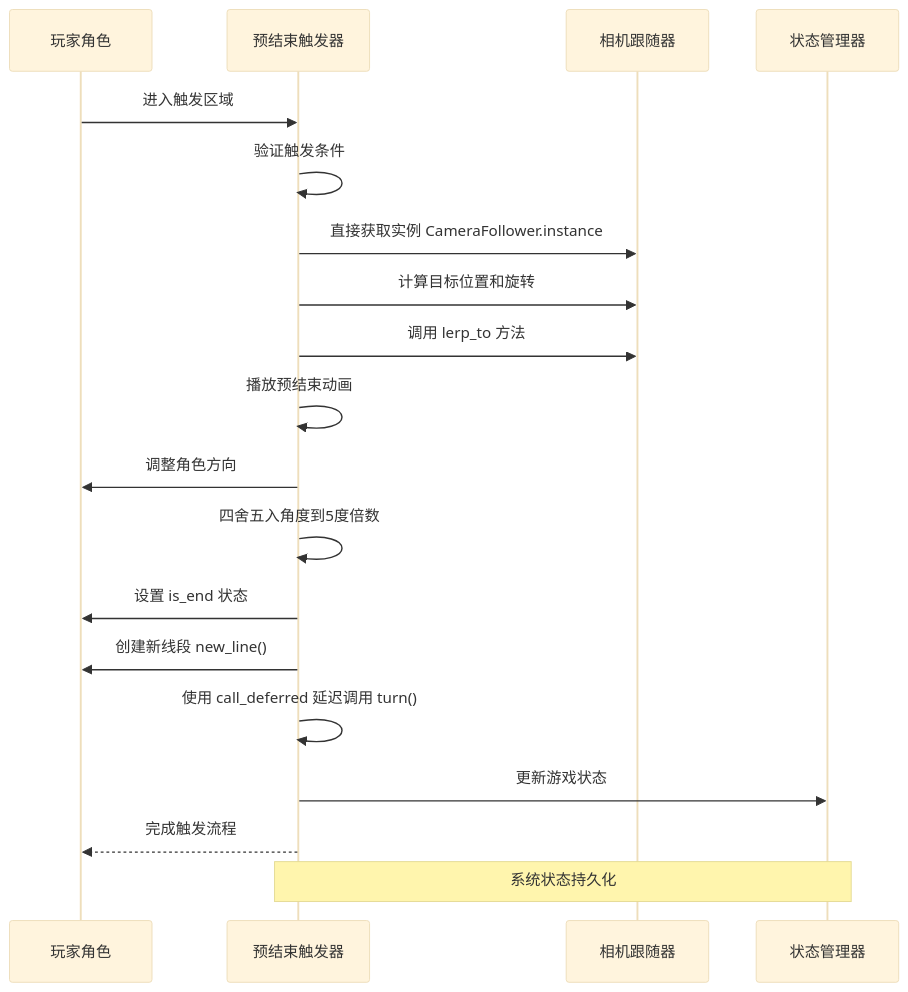
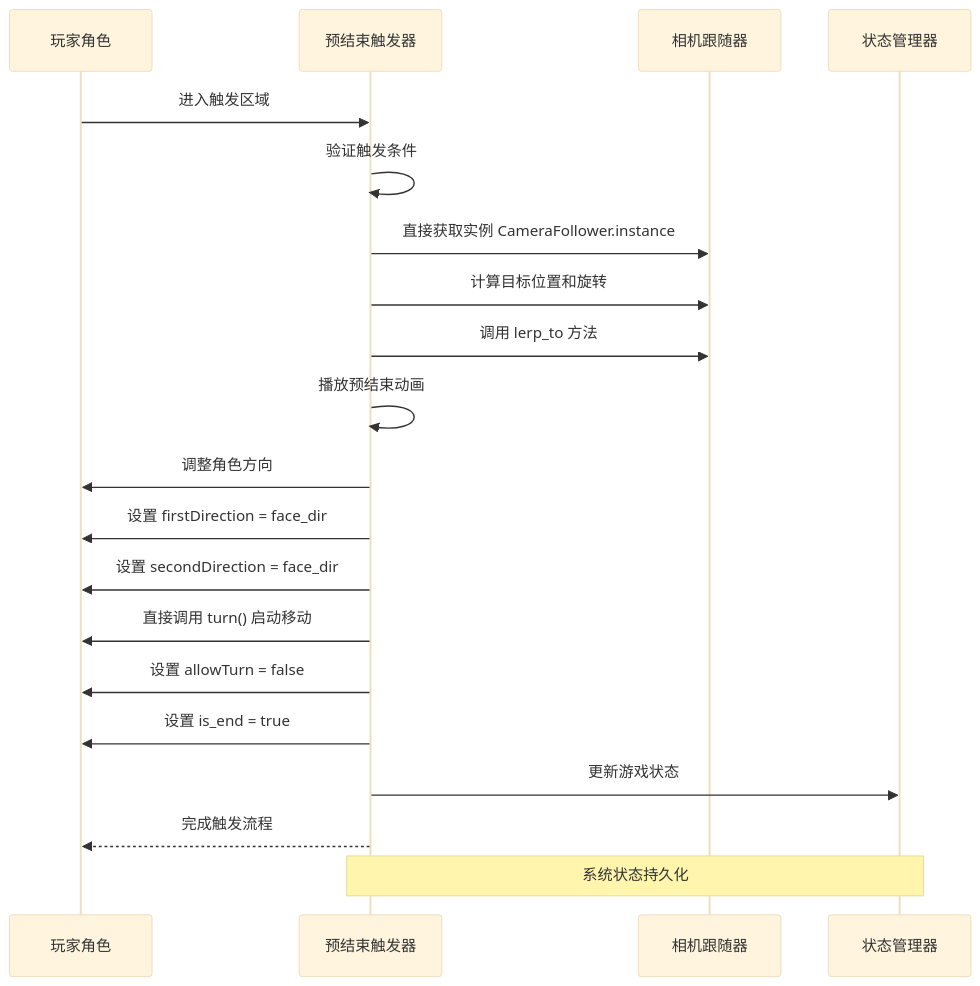
Before and after one commit to godotline/godot-line: the second of 6 diagrams in .qoder/repowiki/zh/content/游戏系统/触发器系统/预结束触发器.md, drawn with Mermaid (base theme). The commit also changed other lines of this file and 34 other files, not shown here.

````diff
--- a/.qoder/repowiki/zh/content/游戏系统/触发器系统/预结束触发器.md
+++ b/.qoder/repowiki/zh/content/游戏系统/触发器系统/预结束触发器.md
@@ -121,21 +122,22 @@
 ```mermaid
 sequenceDiagram
 participant Player as 玩家角色
 participant Trigger as 预结束触发器
 participant Camera as 相机跟随器
 participant State as 状态管理器
 Player->>Trigger : 进入触发区域
 Trigger->>Trigger : 验证触发条件
 Trigger->>Camera : 直接获取实例 CameraFollower.instance
 Trigger->>Camera : 计算目标位置和旋转
 Trigger->>Camera : 调用 lerp_to 方法
 Trigger->>Trigger : 播放预结束动画
 Trigger->>Player : 调整角色方向
-Trigger->>Trigger : 四舍五入角度到5度倍数
-Trigger->>Player : 设置 is_end 状态
-Trigger->>Player : 创建新线段 new_line()
-Trigger->>Trigger : 使用 call_deferred 延迟调用 turn()
+Trigger->>Player : 设置 firstDirection = face_dir
+Trigger->>Player : 设置 secondDirection = face_dir
+Trigger->>Player : 直接调用 turn() 启动移动
+Trigger->>Player : 设置 allowTurn = false
+Trigger->>Player : 设置 is_end = true
 Trigger->>State : 更新游戏状态
 Trigger-->>Player : 完成触发流程
 Note over Trigger,State : 系统状态持久化
 ```
````
